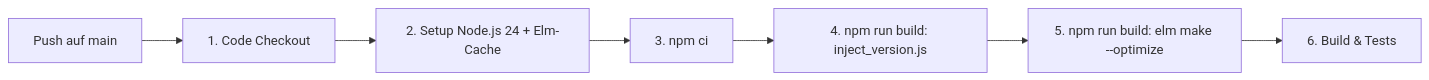
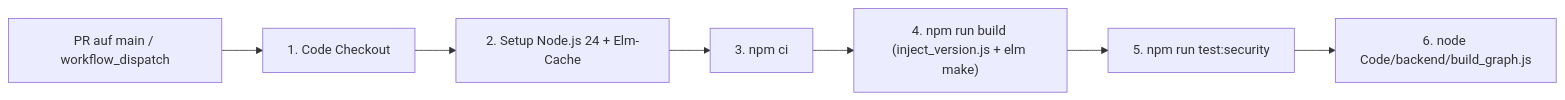
Before and after one commit to Der-Mehlmann/KrokenKompass: the first of 2 diagrams in docs/🚀-Deployment-&-CI-CD-Pipelines.md, drawn with Mermaid. The commit also changed other lines of this file and 10 other files, not shown here.

````diff
--- a/docs/🚀-Deployment-&-CI-CD-Pipelines.md
+++ b/docs/🚀-Deployment-&-CI-CD-Pipelines.md
@@ -9,9 +9,9 @@
 ```mermaid
 flowchart LR
-    Push["Push auf main"] --> Checkout["1. Code Checkout"]
+    Trigger["PR auf main / workflow_dispatch"] --> Checkout["1. Code Checkout"]
     Checkout --> Setup["2. Setup Node.js 24 + Elm-Cache"]
     Setup --> Install["3. npm ci"]
-    Install --> Version["4. npm run build: inject_version.js"]
-    Version --> Compile["5. npm run build: elm make --optimize"]
-    Compile --> Validate["6. Build & Tests"]
+    Install --> Build["4. npm run build (inject_version.js + elm make)"]
+    Build --> SecTest["5. npm run test:security"]
+    SecTest --> GraphTest["6. node Code/backend/build_graph.js"]
 ```
````
